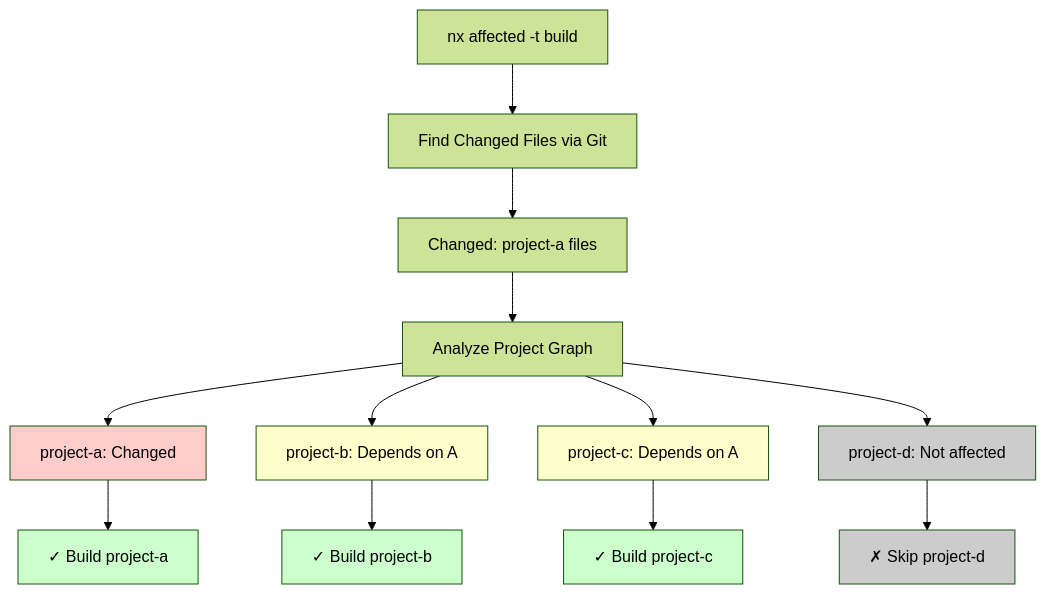
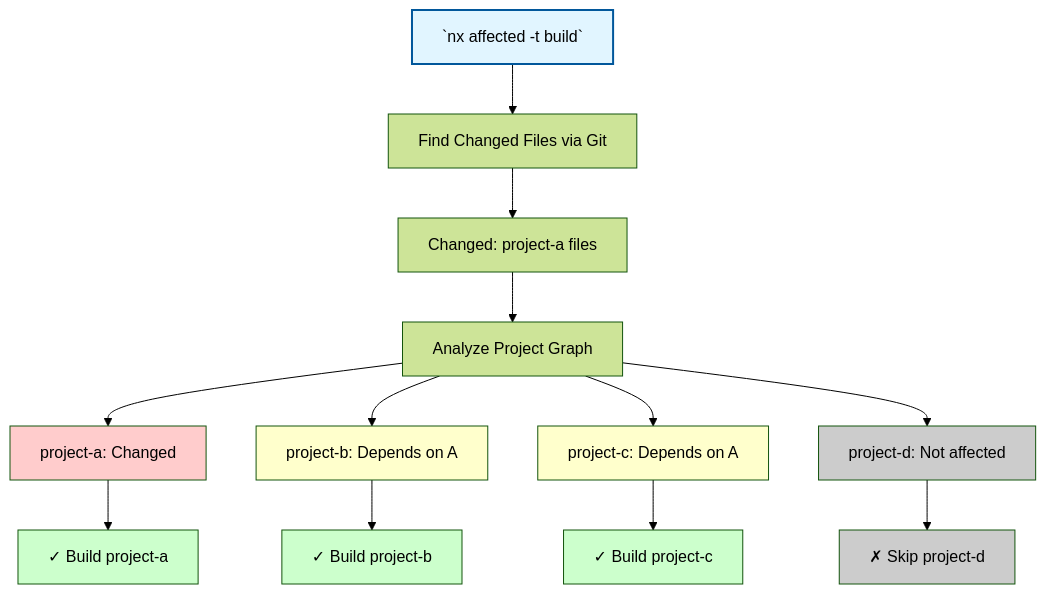
One commit to edbzn/edbzn.github.io changed the first of 2 diagrams in content/blog/understanding-nx-affected-graph-vs-cache-hits/index.md. Above: the diagram before and after it, drawn with Mermaid (forest theme). The commit also changed other lines of this file, not shown here.

Commit message:
Fix formatting in mermaid diagrams for affected graph and caching explanations

````diff
--- a/content/blog/understanding-nx-affected-graph-vs-cache-hits/index.md
+++ b/content/blog/understanding-nx-affected-graph-vs-cache-hits/index.md
@@ -40,25 +40,26 @@
 ```mermaid
 graph TD
-  CMD[nx affected -t build] --> Git[Find Changed Files via Git]
+  CMD[`nx affected -t build`] --> Git[Find Changed Files via Git]
   Git --> Changed[Changed: project-a files]
   Changed --> Graph[Analyze Project Graph]
 
   Graph --> A[project-a: Changed]
   Graph --> B[project-b: Depends on A]
   Graph --> C[project-c: Depends on A]
   Graph --> D[project-d: Not affected]
 
   A --> Run1[✓ Build project-a]
   B --> Run2[✓ Build project-b]
   C --> Run3[✓ Build project-c]
   D --> Skip[✗ Skip project-d]
 
+  style CMD fill:#e1f5ff,stroke:#01579b,stroke-width:2px
   style A fill:#ffcccc
   style B fill:#ffffcc
   style C fill:#ffffcc
   style D fill:#cccccc
   style Run1 fill:#ccffcc
   style Run2 fill:#ccffcc
   style Run3 fill:#ccffcc
   style Skip fill:#cccccc
 ```
````
